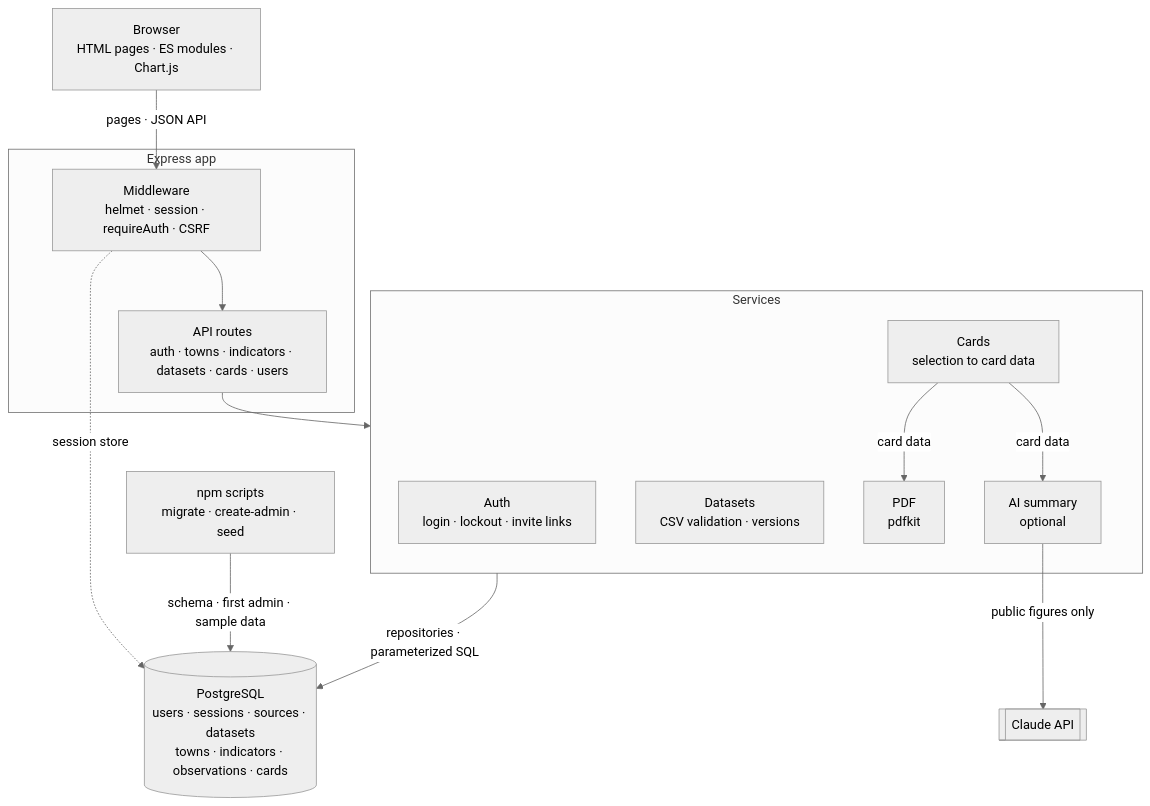
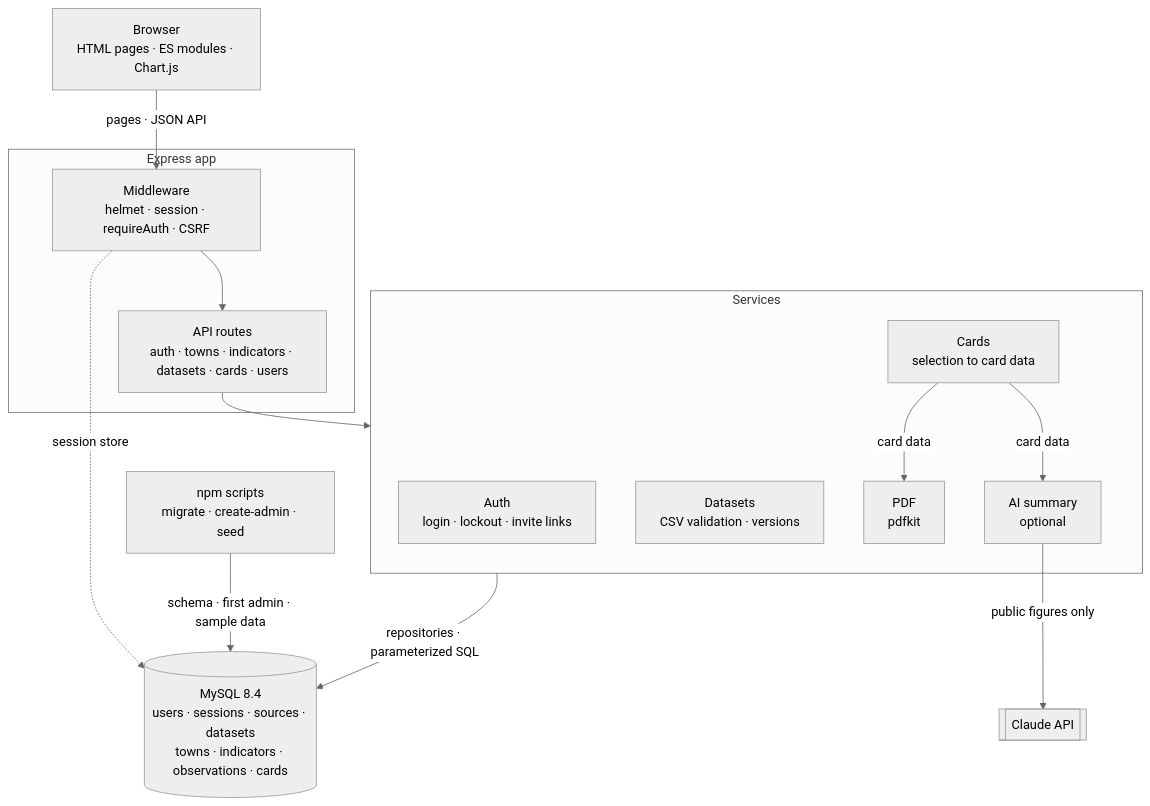
One commit to whalelogic/ct-data-explorer changed the diagram in ct-civic-data-explorer/docs/architecture.md. Above: the diagram before and after it, drawn with Mermaid (neutral theme). The commit also changed 27 other files, not shown here.

First line of the commit message:
Switch the database from PostgreSQL to MySQL 8.4

````diff
--- a/ct-civic-data-explorer/docs/architecture.md
+++ b/ct-civic-data-explorer/docs/architecture.md
@@ -5,31 +5,31 @@
 ```mermaid
 flowchart TB
   Browser["Browser<br/>HTML pages · ES modules · Chart.js"]
   Scripts["npm scripts<br/>migrate · create-admin · seed"]
 
   subgraph App["Express app"]
     Middleware["Middleware<br/>helmet · session · requireAuth · CSRF"]
     Routes["API routes<br/>auth · towns · indicators · datasets · cards · users"]
     Middleware --> Routes
   end
 
   subgraph Services["Services"]
     Auth["Auth<br/>login · lockout · invite links"]
     Datasets["Datasets<br/>CSV validation · versions"]
     Cards["Cards<br/>selection to card data"]
     Pdf["PDF<br/>pdfkit"]
     Ai["AI summary<br/>optional"]
     Cards -->|"card data"| Pdf
     Cards -->|"card data"| Ai
   end
 
-  DB[("PostgreSQL<br/>users · sessions · sources · datasets<br/>towns · indicators · observations · cards")]
+  DB[("MySQL 8.4<br/>users · sessions · sources · datasets<br/>towns · indicators · observations · cards")]
   Claude[["Claude API"]]
 
   Browser -->|"pages · JSON API"| Middleware
   Routes --> Services
   Services -->|"repositories · parameterized SQL"| DB
   Middleware -.->|"session store"| DB
   Ai -->|"public figures only"| Claude
   Scripts -->|"schema · first admin · sample data"| DB
 ```
````
